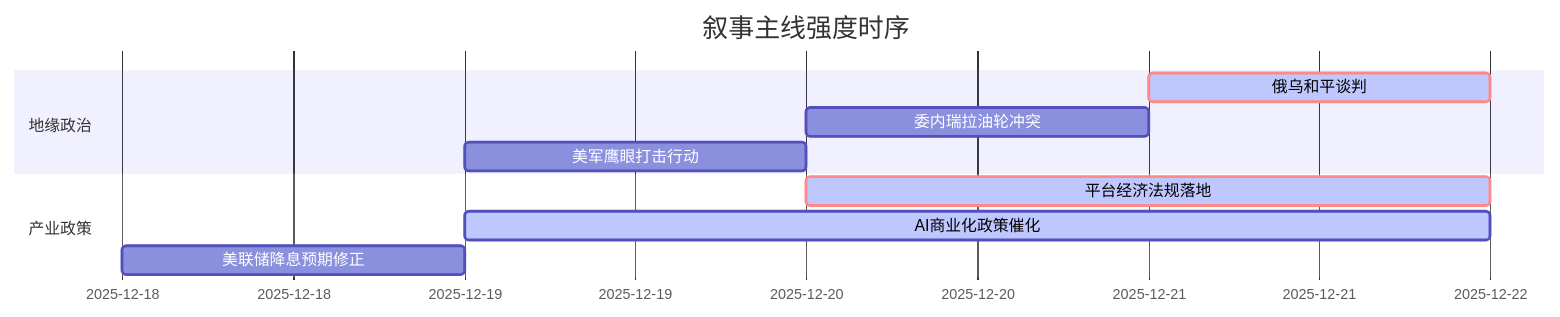
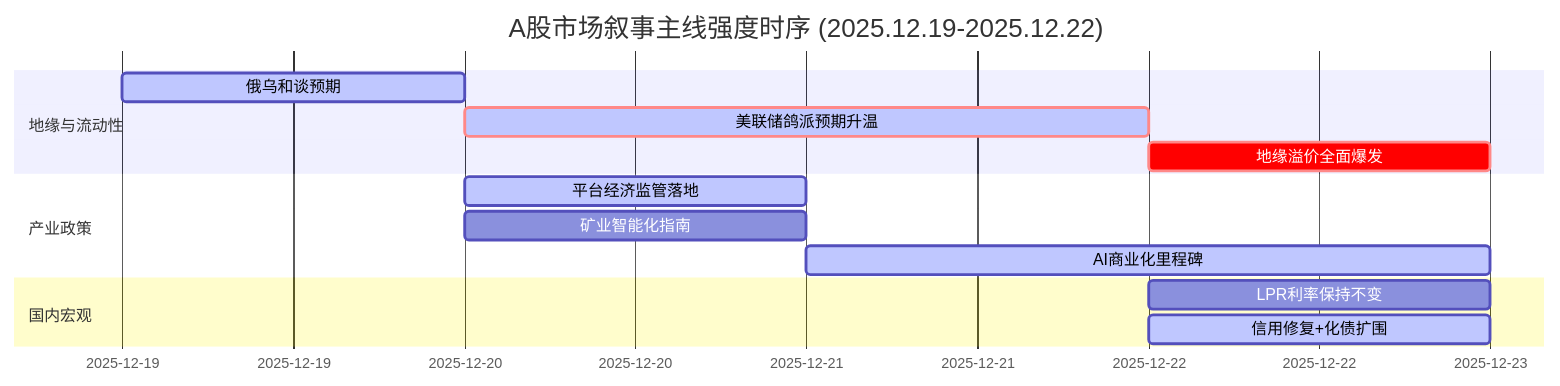
Before and after one commit to uu5zn/uu5zn.github.io: the diagram in README.md, drawn with Mermaid. The commit also changed other lines of this file and 17 other files, not shown here.

````diff
--- a/README.md
+++ b/README.md
@@ -52,14 +71,18 @@
 ```mermaid
 gantt
-    title 叙事主线强度时序
+    title A股市场叙事主线强度时序 (2025.12.19-2025.12.22)
     dateFormat  YYYY-MM-DD
-    section 地缘政治
-    俄乌和平谈判   :crit, active, 2025-12-21, 1d
-    委内瑞拉油轮冲突   :2025-12-20, 1d
-    美军鹰眼打击行动   :2025-12-19, 1d
+    section 地缘与流动性
+    俄乌和谈预期           :active, 2025-12-19, 1d
+    美联储鸽派预期升温     :crit, active, 2025-12-20, 2d
+    地缘溢价全面爆发       :crit, 2025-12-22, 1d
     
     section 产业政策
-    平台经济法规落地   :crit, active, 2025-12-20, 2d
-    AI商业化政策催化   :active, 2025-12-19, 3d
-    美联储降息预期修正   :2025-12-18, 1d
+    平台经济监管落地       :active, 2025-12-20, 1d
+    矿业智能化指南         :2025-12-20, 1d
+    AI商业化里程碑         :active, 2025-12-21, 2d
+    
+    section 国内宏观
+    LPR利率保持不变        :2025-12-22, 1d
+    信用修复+化债扩围      :active, 2025-12-22, 1d
 ```
````
